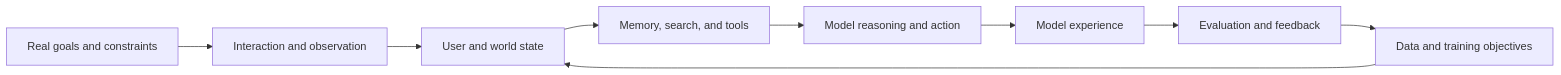
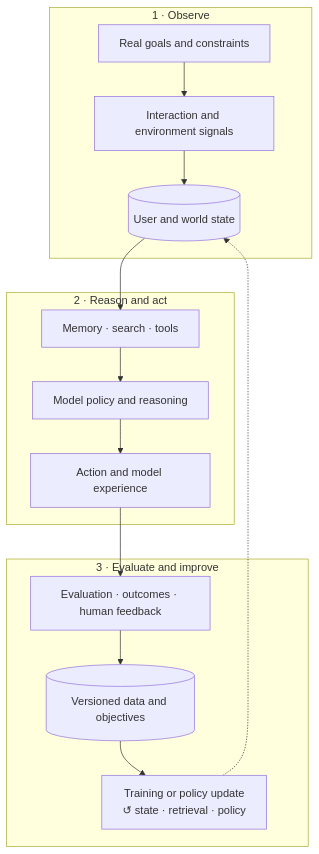
The diagram in README.en.md (tianyi-zhang-02/cooking-agi), drawn with Mermaid before and after one commit. The commit also changed 18 other files, not shown here.

Commit message:
redesign the guide diagrams

````diff
--- a/README.en.md
+++ b/README.en.md
@@ -17,11 +17,21 @@
 ```mermaid
-flowchart LR
-    A[Real goals and constraints] --> B[Interaction and observation]
-    B --> C[User and world state]
-    C --> D[Memory, search, and tools]
-    D --> E[Model reasoning and action]
-    E --> F[Model experience]
-    F --> G[Evaluation and feedback]
-    G --> H[Data and training objectives]
-    H --> C
+flowchart TB
+    subgraph O["1 · Observe"]
+        A["Real goals and constraints"] --> B["Interaction and environment signals"]
+        B --> C[("User and world state")]
+    end
+
+    subgraph R["2 · Reason and act"]
+        D["Memory · search · tools"] --> E["Model policy and reasoning"]
+        E --> F["Action and model experience"]
+    end
+
+    subgraph L["3 · Evaluate and improve"]
+        G["Evaluation · outcomes · human feedback"] --> H[("Versioned data and objectives")]
+        H --> I["Training or policy update<br/>↺ state · retrieval · policy"]
+    end
+
+    C --> D
+    F --> G
+    I -.-> C
 ```
````
